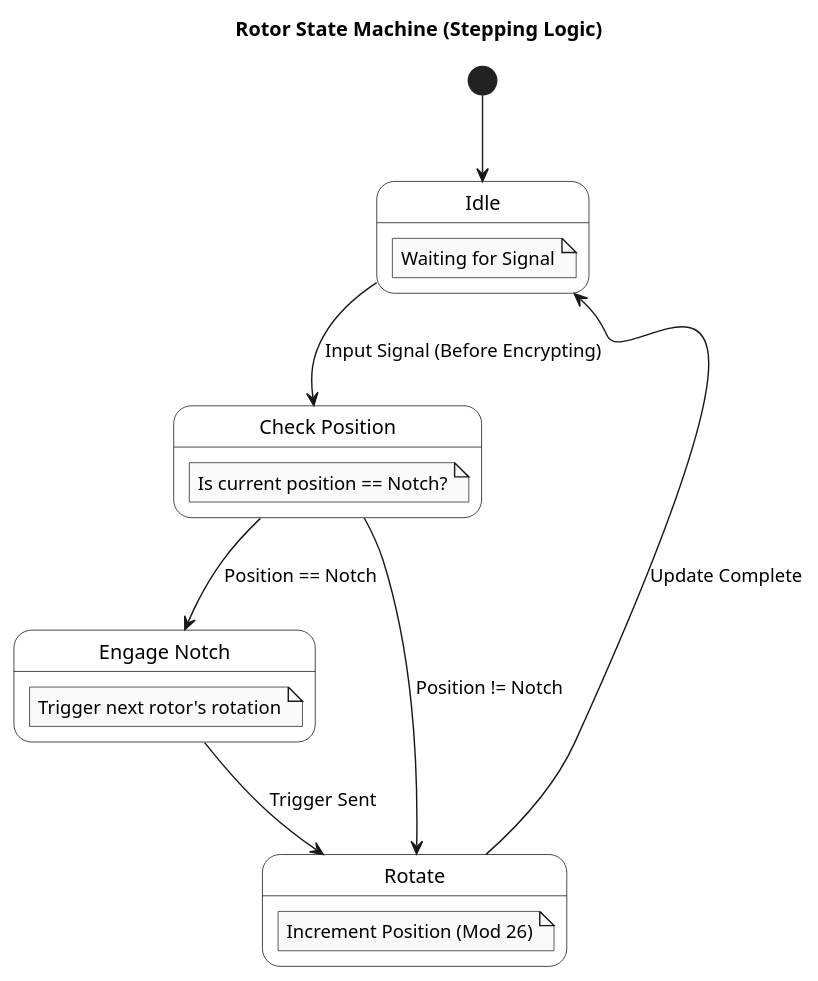
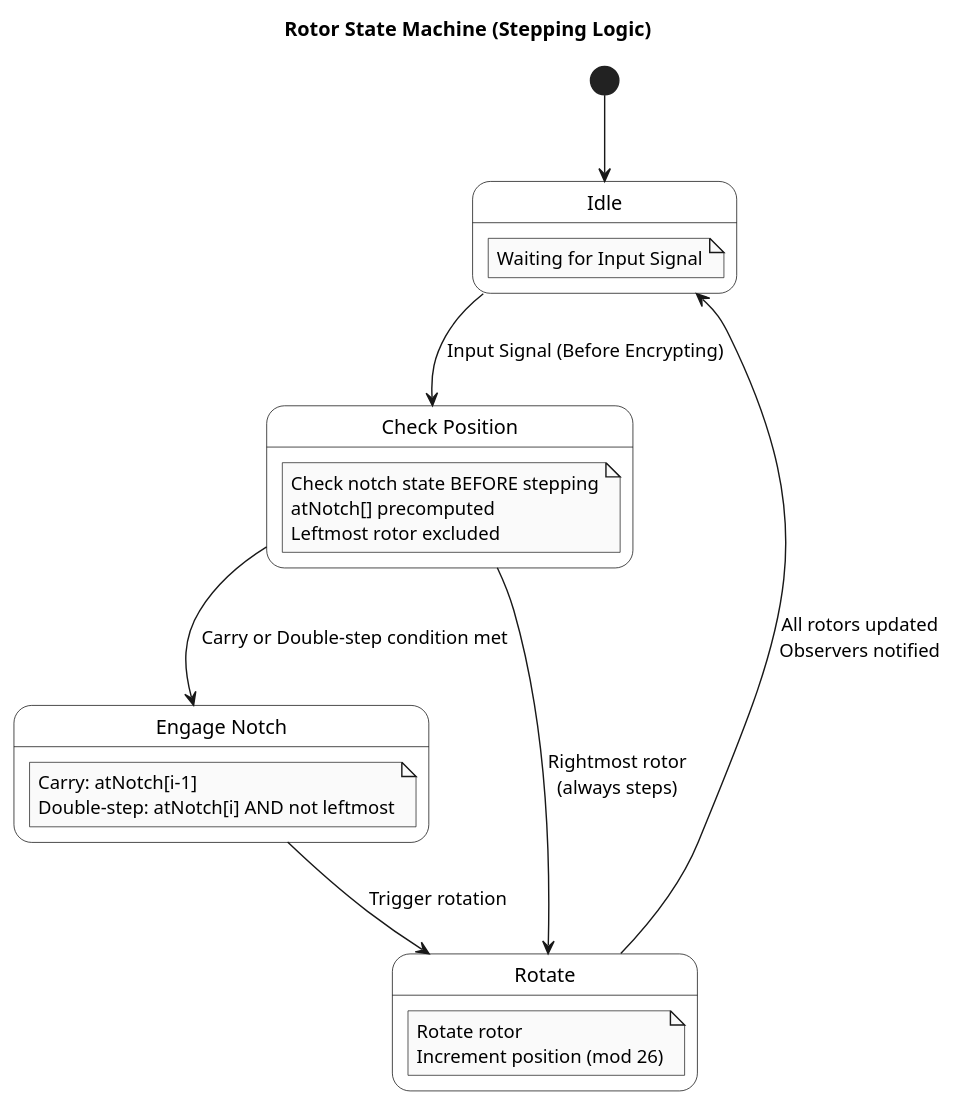
The diagram in docs/diagrams/rotor_state_machine.puml (alvarocleite/EnigmaMachineCore), drawn with PlantUML before and after one commit. The commit also changed 1 other file, not shown here.

Commit message:
Add: Rotor State Machine Puml

```diff
--- a/docs/diagrams/rotor_state_machine.puml
+++ b/docs/diagrams/rotor_state_machine.puml
@@ -1,37 +1,37 @@
 @startuml Enigma_Rotor_State_Machine
 
 skinparam monochrome true
 skinparam state {
     BackgroundColor White
     BorderColor Black
 }
 
 title Rotor State Machine (Stepping Logic)
 
 [*] --> Idle
 
 state Idle {
-    note "Waiting for Signal" as N1
+    note "Waiting for Input Signal" as N1
 }
 
 state "Check Position" as CheckPos {
-    note "Is current position == Notch?" as N2
+    note "Check notch state BEFORE stepping\natNotch[] precomputed\nLeftmost rotor excluded" as N2
 }
 
 state "Engage Notch" as Notch {
-    note "Trigger next rotor's rotation" as N3
+    note "Carry: atNotch[i-1]\nDouble-step: atNotch[i] AND not leftmost" as N3
 }
 
 state "Rotate" as Rotate {
-    note "Increment Position (Mod 26)" as N4
+    note "Rotate rotor\nIncrement position (mod 26)" as N4
 }
 
 Idle --> CheckPos : Input Signal (Before Encrypting)
 
-CheckPos --> Rotate : Position != Notch
-CheckPos --> Notch : Position == Notch
+CheckPos --> Rotate : Rightmost rotor\n(always steps)
+CheckPos --> Notch : Carry or Double-step condition met
 
-Notch --> Rotate : Trigger Sent
-Rotate --> Idle : Update Complete
+Notch --> Rotate : Trigger rotation
+Rotate --> Idle : All rotors updated\nObservers notified
 
 @enduml
```
